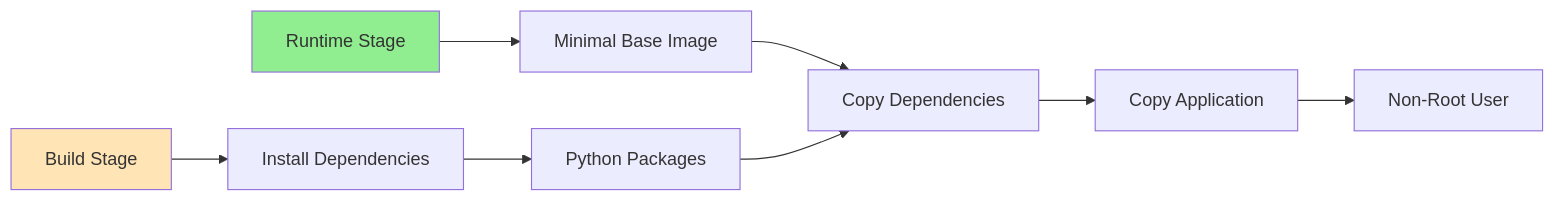
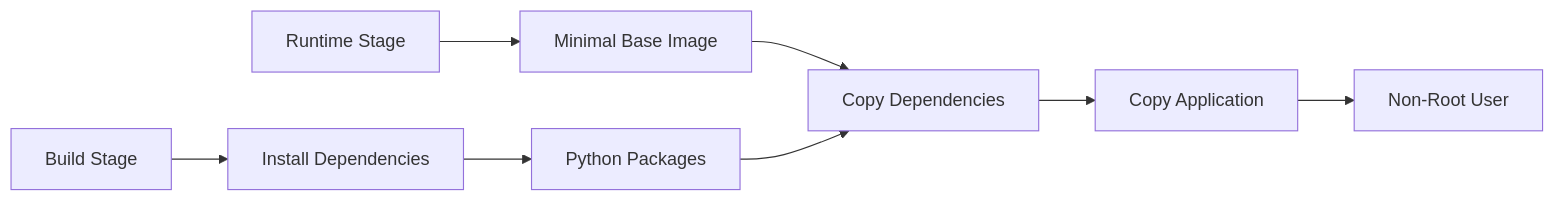
Before and after one commit to 4gh0rn/dev-blog: the fourth of 9 diagrams in docs/projects/conduit-container.md, drawn with Mermaid. The commit also changed other lines of this file and 17 other files, not shown here.

````diff
--- a/docs/projects/conduit-container.md
+++ b/docs/projects/conduit-container.md
@@ -140,15 +132,12 @@
 ```mermaid
 graph LR
     A[Build Stage] --> A1[Install Dependencies]
     A1 --> A2[Python Packages]
     
     B[Runtime Stage] --> B1[Minimal Base Image]
     B1 --> B2[Copy Dependencies]
     B2 --> B3[Copy Application]
     B3 --> B4[Non-Root User]
     
     A2 --> B2
-    
-    style A fill:#FFE4B5
-    style B fill:#90EE90
 ```
````
